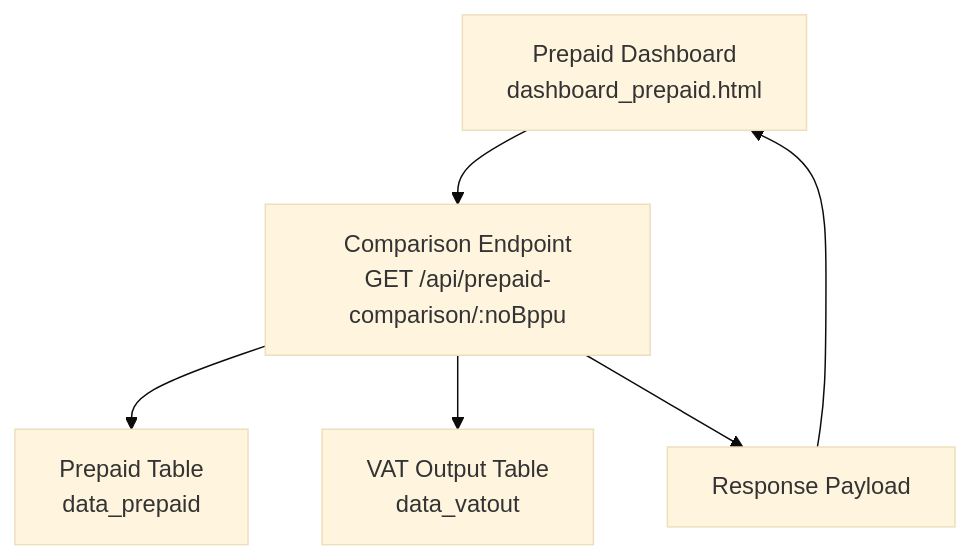
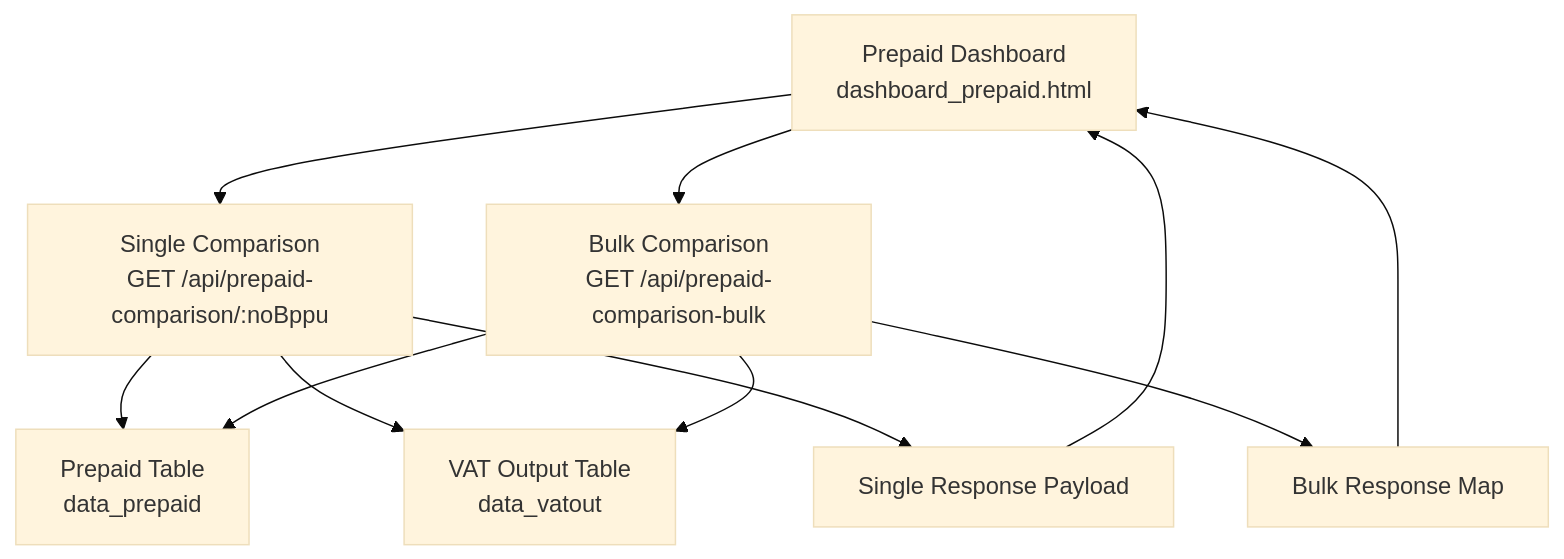
Before and after one commit to rendisiagian/TDS_by_RENDISIAGIAN: the first of 5 diagrams in .qoder/repowiki/en/content/API Reference/REST API Endpoints/Specialized Comparison APIs.md, drawn with Mermaid (base theme). The commit also changed other lines of this file and 91 other files, not shown here.

````diff
--- a/.qoder/repowiki/en/content/API Reference/REST API Endpoints/Specialized Comparison APIs.md
+++ b/.qoder/repowiki/en/content/API Reference/REST API Endpoints/Specialized Comparison APIs.md
@@ -29,8 +38,13 @@
 ```mermaid
 graph TB
-UI["Prepaid Dashboard<br/>dashboard_prepaid.html"] --> API["Comparison Endpoint<br/>GET /api/prepaid-comparison/:noBppu"]
-API --> DBP["Prepaid Table<br/>data_prepaid"]
-API --> DBV["VAT Output Table<br/>data_vatout"]
-API --> RESP["Response Payload"]
-RESP --> UI
+UI["Prepaid Dashboard<br/>dashboard_prepaid.html"] --> API1["Single Comparison<br/>GET /api/prepaid-comparison/:noBppu"]
+UI --> API2["Bulk Comparison<br/>GET /api/prepaid-comparison-bulk"]
+API1 --> DBP["Prepaid Table<br/>data_prepaid"]
+API1 --> DBV["VAT Output Table<br/>data_vatout"]
+API2 --> DBP
+API2 --> DBV
+API1 --> RESP1["Single Response Payload"]
+API2 --> RESP2["Bulk Response Map"]
+RESP1 --> UI
+RESP2 --> UI
 ```
````
